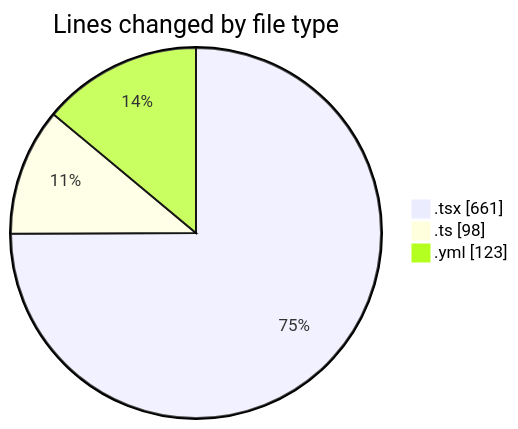
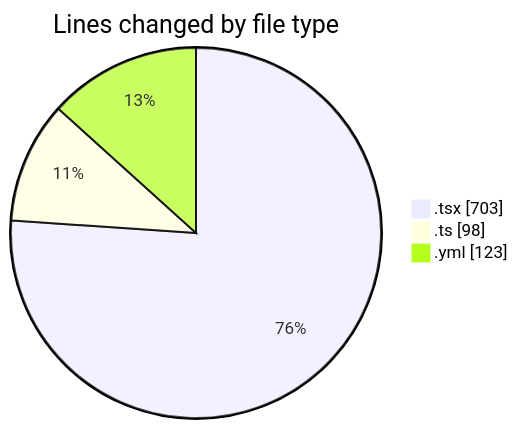
Before and after one commit to julien-gomy/code-tracking: the first of 2 diagrams in 2025-10-17/eventscop-frontend-guide__workspace_/README.md, drawn with Mermaid. The commit also changed other lines of this file and 1 other file, not shown here.

````diff
--- a/2025-10-17/eventscop-frontend-guide__workspace_/README.md
+++ b/2025-10-17/eventscop-frontend-guide__workspace_/README.md
@@ -26,7 +27,7 @@
 ```mermaid
 pie showData
 title Lines changed by file type
-".tsx" : 661
+".tsx" : 703
 ".ts" : 98
 ".yml" : 123
 ```
````
